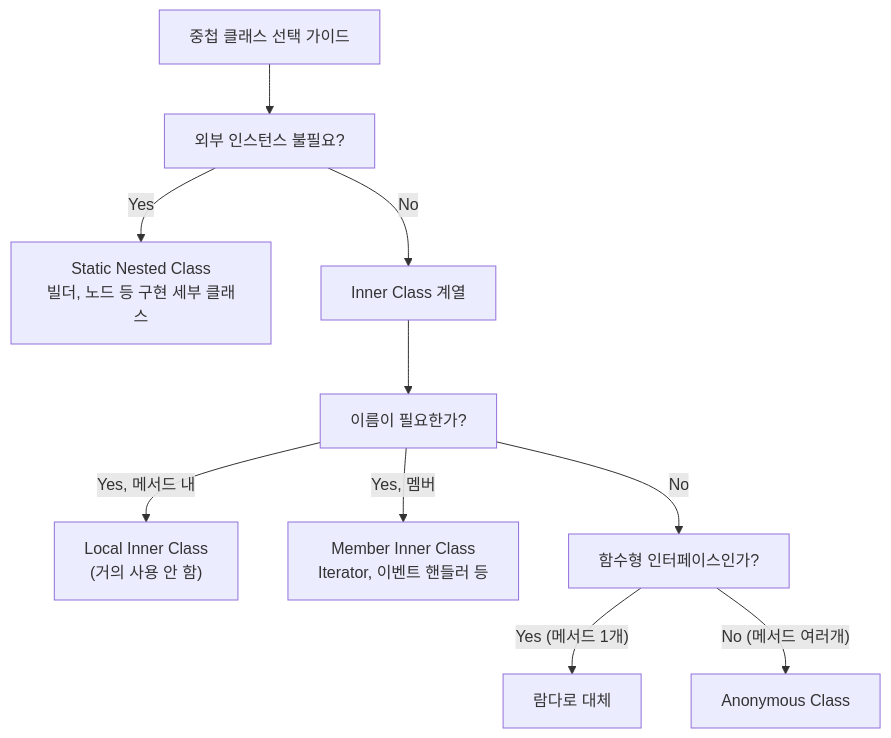
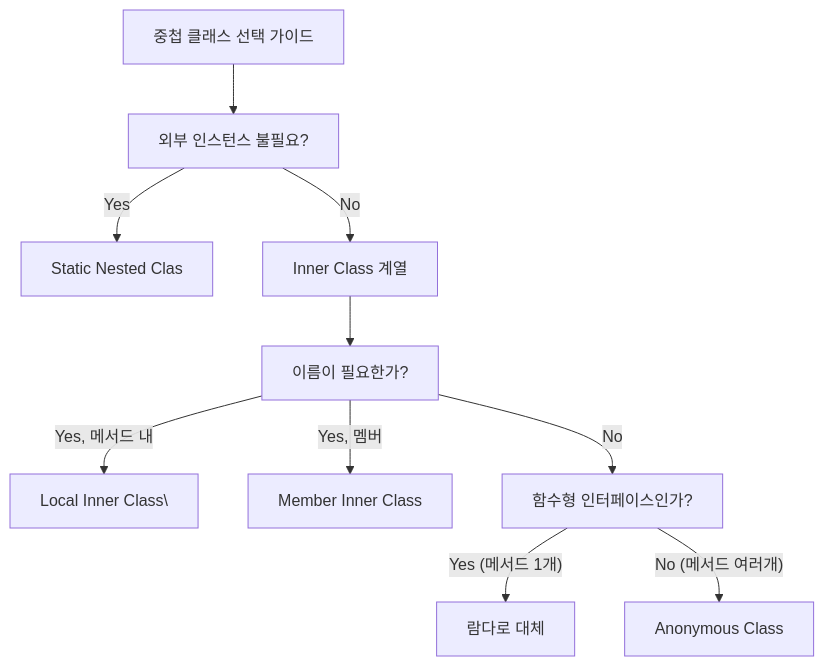
Before and after one commit to yjkim2015/yjkim2015.github.io: the third of 3 diagrams in _posts/java/2026-05-01-java-nested-class.md, drawn with Mermaid. The commit also changed other lines of this file and 271 other files, not shown here.

First line of the commit message:
Mermaid 라벨 축소: 긴 노드 텍스트 18자 이하로 트림 + \n 제거

````diff
--- a/_posts/java/2026-05-01-java-nested-class.md
+++ b/_posts/java/2026-05-01-java-nested-class.md
@@ -693,12 +693,12 @@
 ```mermaid
 graph TD
     A["중첩 클래스 선택 가이드"] --> B["외부 인스턴스 불필요?"]
-    B -->|"Yes"| C["Static Nested Class\n빌더, 노드 등 구현 세부 클래스"]
+    B -->|"Yes"| C["Static Nested Clas"]
     B -->|"No"| D["Inner Class 계열"]
     D --> E["이름이 필요한가?"]
-    E -->|"Yes, 메서드 내"| F["Local Inner Class\n(거의 사용 안 함)"]
-    E -->|"Yes, 멤버"| G["Member Inner Class\nIterator, 이벤트 핸들러 등"]
+    E -->|"Yes, 메서드 내"| F["Local Inner Class\"]
+    E -->|"Yes, 멤버"| G["Member Inner Class"]
     E -->|"No"| H["함수형 인터페이스인가?"]
     H -->|"Yes (메서드 1개)"| I["람다로 대체"]
     H -->|"No (메서드 여러개)"| J["Anonymous Class"]
 ```
````
